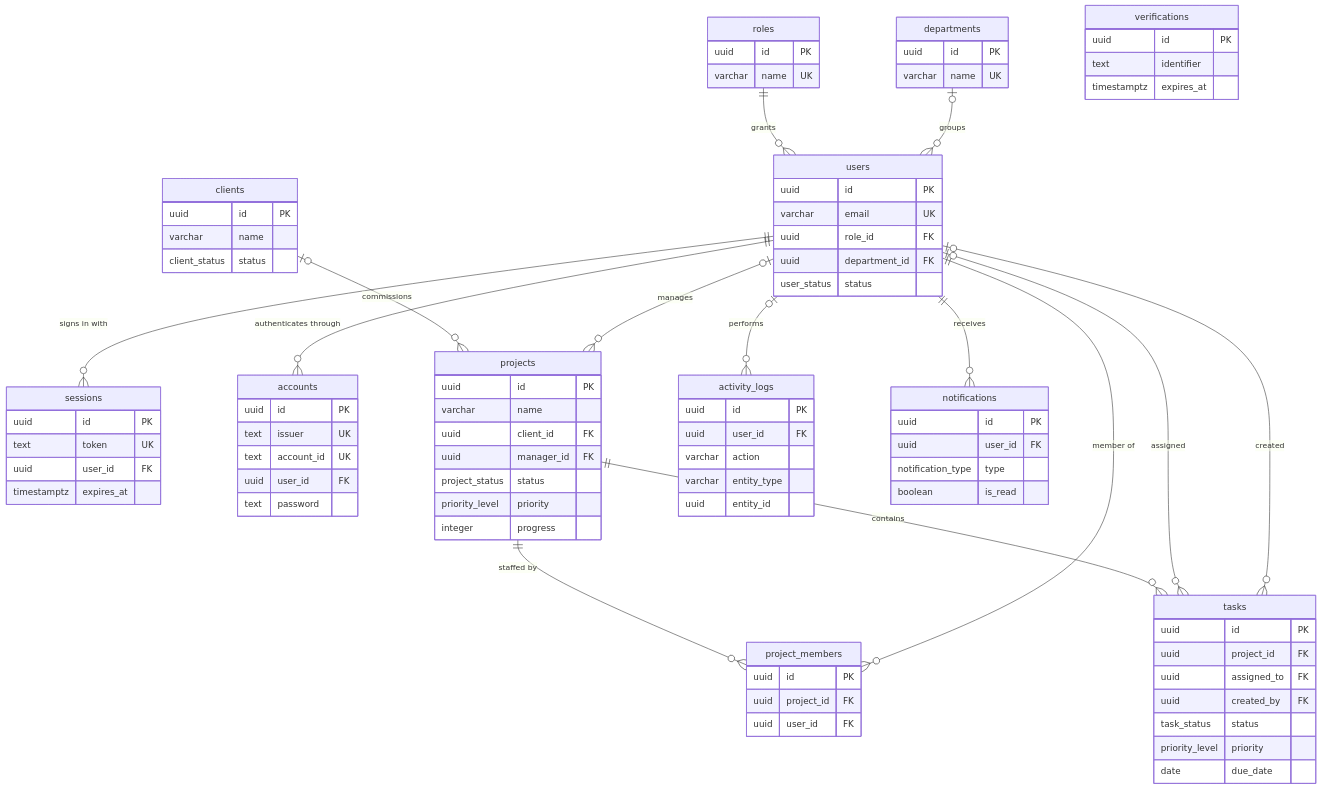
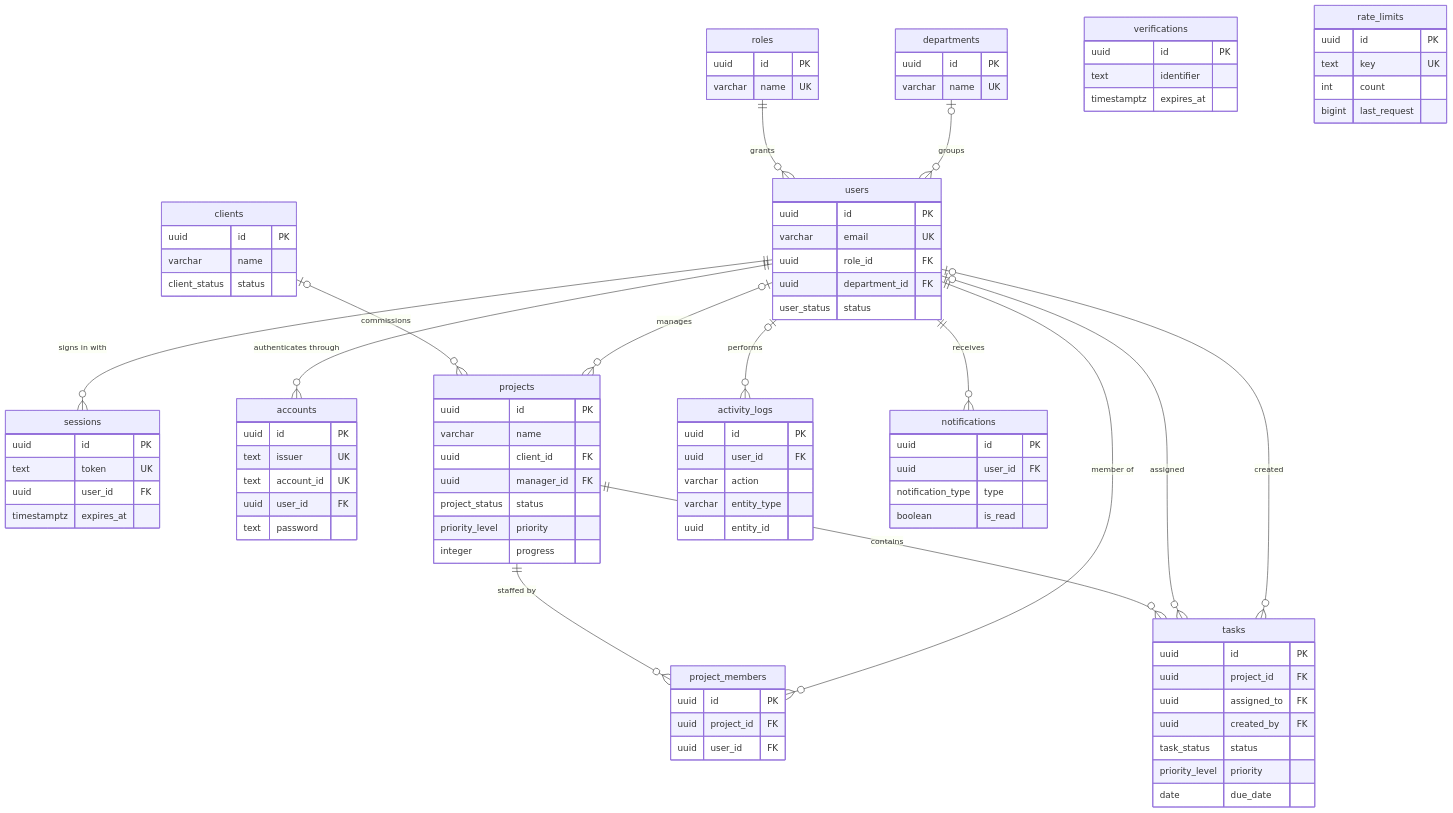
Before and after one commit to Ndet0/find-my-org: the diagram in docs/db_schema.md, drawn with Mermaid. The commit also changed other lines of this file and 4 other files, not shown here.

```diff
--- a/docs/db_schema.md
+++ b/docs/db_schema.md
@@ -66,6 +66,13 @@
         uuid id PK
         text identifier
         timestamptz expires_at
+    }
+
+    rate_limits {
+        uuid id PK
+        text key UK
+        int count
+        bigint last_request
     }
 
     clients {
```
